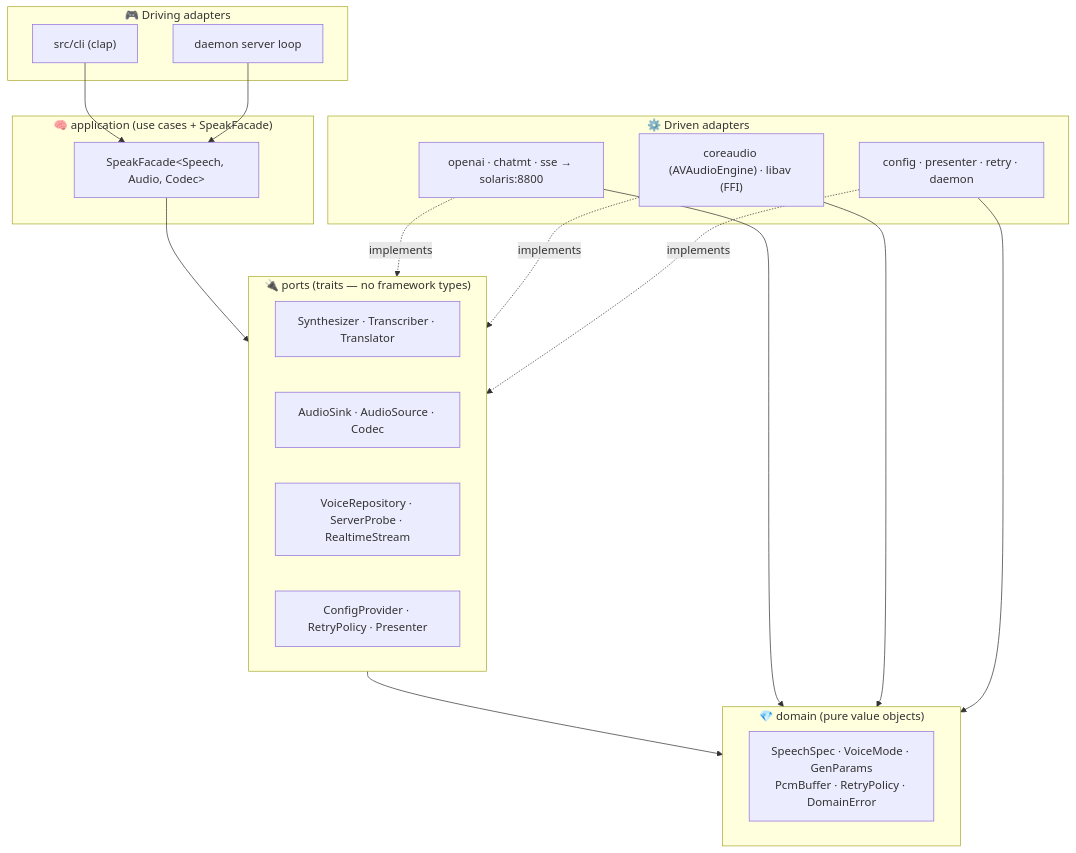
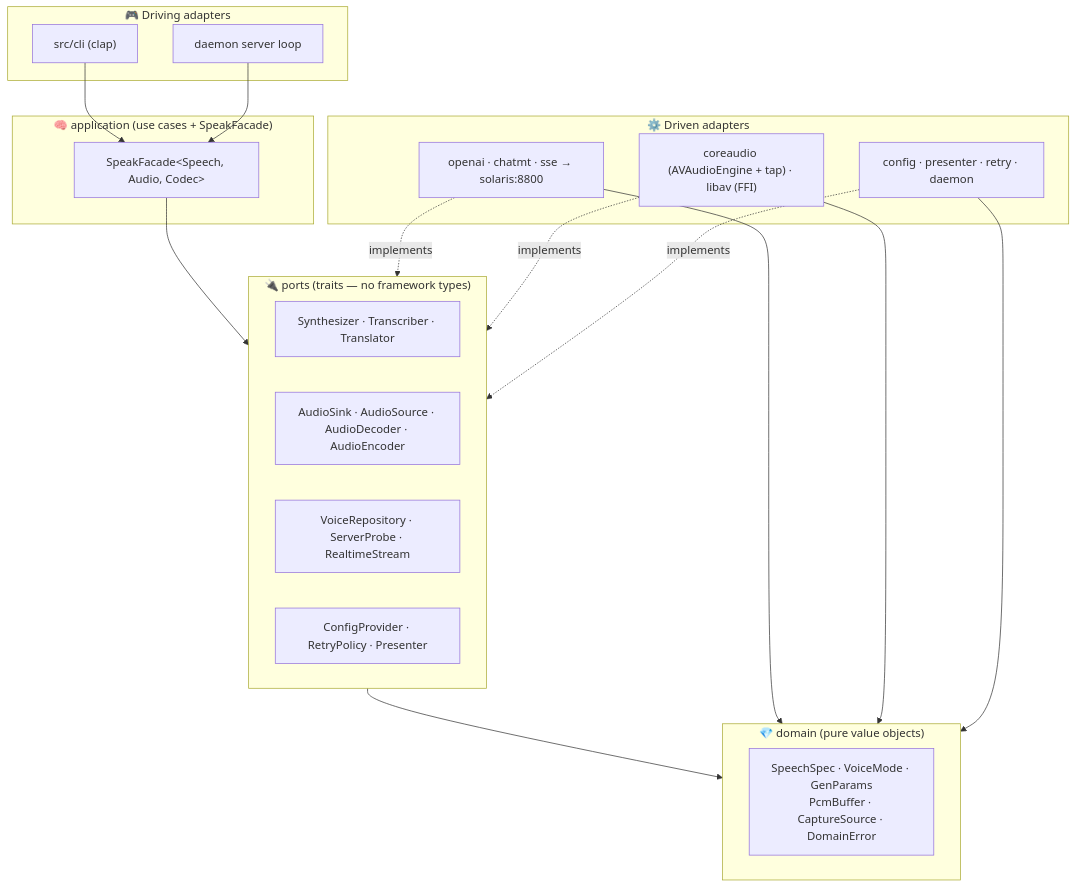
Before and after one commit to farchanjo/speak: the second of 7 diagrams in README.md, drawn with Mermaid. The commit also changed other lines of this file, not shown here.

First line of the commit message:
docs: rewrite README beginner-friendly with mermaid + architecture links

````diff
--- a/README.md
+++ b/README.md
@@ -279,34 +483,34 @@
 ```mermaid
 flowchart TB
     subgraph driving["🎮 Driving adapters"]
         CLI["src/cli (clap)"]
         DMN["daemon server loop"]
     end
     subgraph app["🧠 application (use cases + SpeakFacade)"]
         FAC["SpeakFacade&lt;Speech, Audio, Codec&gt;"]
     end
     subgraph ports["🔌 ports (traits — no framework types)"]
         P1["Synthesizer · Transcriber · Translator"]
-        P2["AudioSink · AudioSource · Codec"]
+        P2["AudioSink · AudioSource · AudioDecoder · AudioEncoder"]
         P3["VoiceRepository · ServerProbe · RealtimeStream"]
         P4["ConfigProvider · RetryPolicy · Presenter"]
     end
     subgraph dom["💎 domain (pure value objects)"]
-        D["SpeechSpec · VoiceMode · GenParams<br/>PcmBuffer · RetryPolicy · DomainError"]
+        D["SpeechSpec · VoiceMode · GenParams<br/>PcmBuffer · CaptureSource · DomainError"]
     end
     subgraph driven["⚙️ Driven adapters"]
         A1["openai · chatmt · sse → solaris:8800"]
-        A2["coreaudio (AVAudioEngine) · libav (FFI)"]
+        A2["coreaudio (AVAudioEngine + tap) · libav (FFI)"]
         A3["config · presenter · retry · daemon"]
     end
     CLI --> FAC
     DMN --> FAC
     FAC --> ports
     ports --> dom
-    A1 -.implements.-> ports
-    A2 -.implements.-> ports
-    A3 -.implements.-> ports
+    A1 -.->|implements| ports
+    A2 -.->|implements| ports
+    A3 -.->|implements| ports
     A1 --> dom
     A2 --> dom
     A3 --> dom
 ```
````
